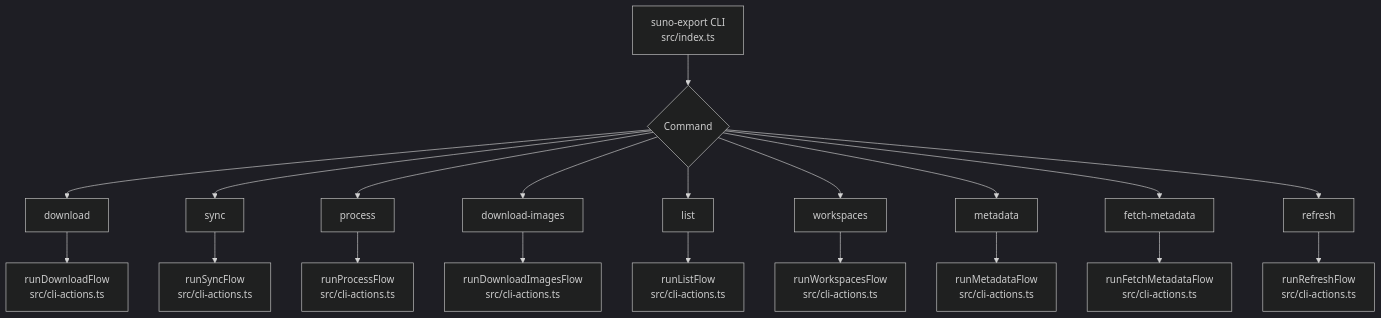
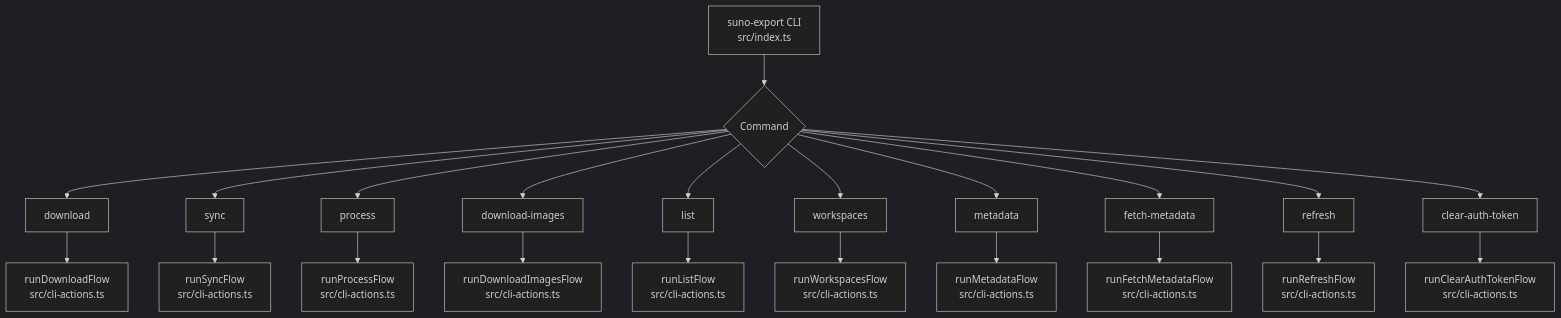
Before and after one commit to mikeygnyc/SunoLibrarian: the first of 9 diagrams in docs/cli-program-flow.md, drawn with Mermaid (dark theme). The commit also changed other lines of this file and 11 other files, not shown here.

Commit message:
feat: implement token caching mechanism and add clear-auth-token command

````diff
--- a/docs/cli-program-flow.md
+++ b/docs/cli-program-flow.md
@@ -13,24 +13,26 @@
 ```mermaid
 flowchart TD
   A["suno-export CLI<br/>src/index.ts"] --> B{"Command"}
 
   B --> C["download"]
   B --> D["sync"]
   B --> E["process"]
   B --> F["download-images"]
   B --> G["list"]
   B --> H["workspaces"]
   B --> I["metadata <trackId>"]
   B --> J["fetch-metadata"]
   B --> K["refresh"]
+  B --> L["clear-auth-token"]
 
   C --> C1["runDownloadFlow<br/>src/cli-actions.ts"]
   D --> D1["runSyncFlow<br/>src/cli-actions.ts"]
   E --> E1["runProcessFlow<br/>src/cli-actions.ts"]
   F --> F1["runDownloadImagesFlow<br/>src/cli-actions.ts"]
   G --> G1["runListFlow<br/>src/cli-actions.ts"]
   H --> H1["runWorkspacesFlow<br/>src/cli-actions.ts"]
   I --> I1["runMetadataFlow<br/>src/cli-actions.ts"]
   J --> J1["runFetchMetadataFlow<br/>src/cli-actions.ts"]
   K --> K1["runRefreshFlow<br/>src/cli-actions.ts"]
+  L --> L1["runClearAuthTokenFlow<br/>src/cli-actions.ts"]
 ```
````
